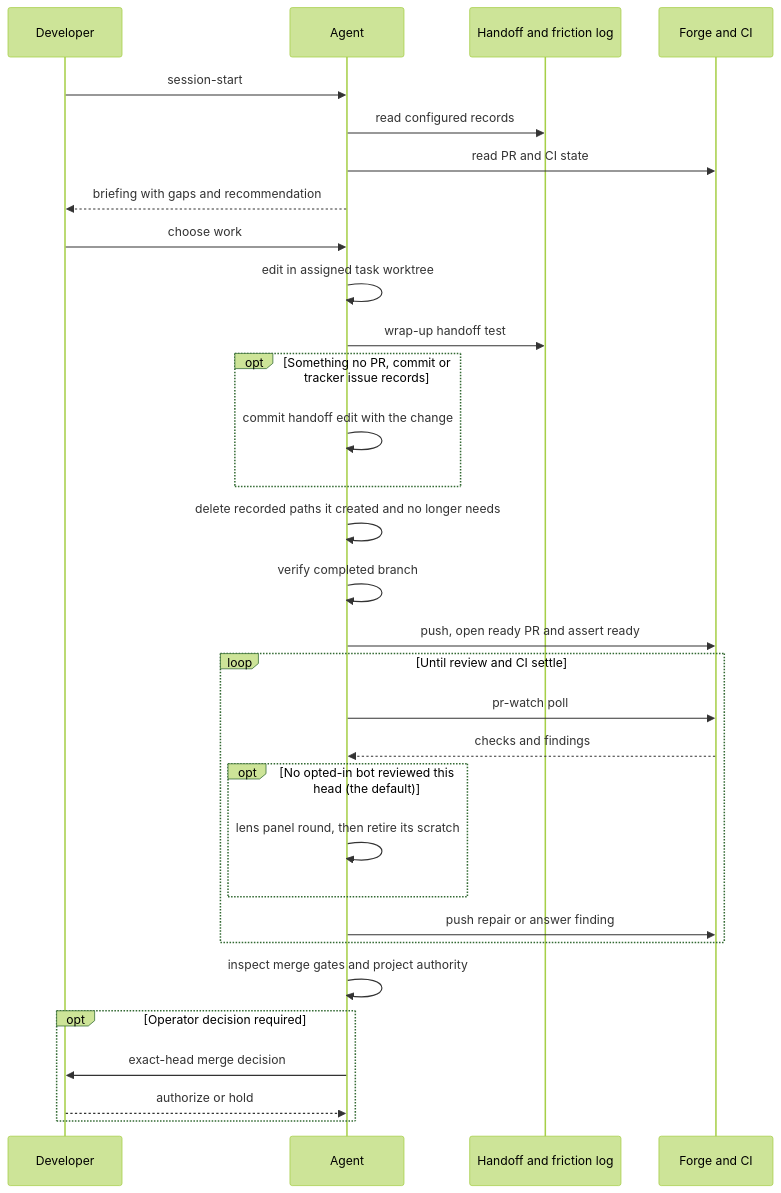
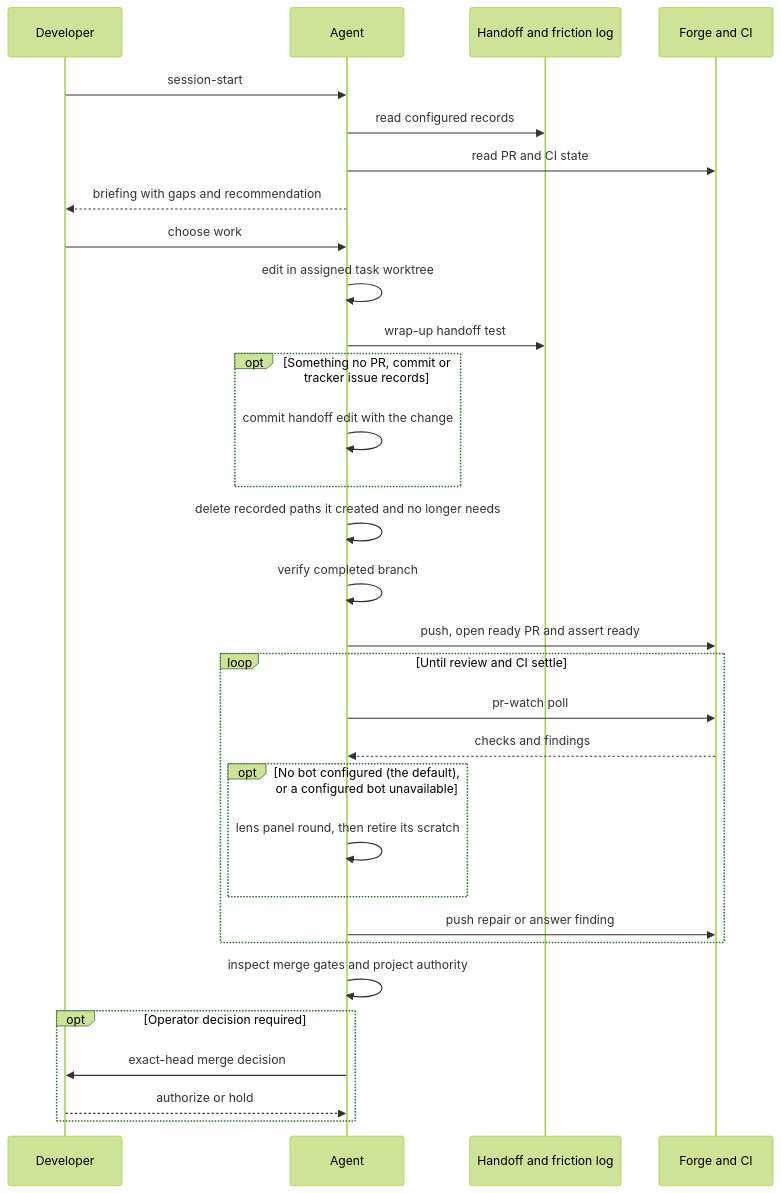
One commit to topij/agentic-dev-kit changed the second of 6 diagrams in docs/architecture.md. Above: the diagram before and after it, drawn with Mermaid (forest theme). The commit also changed other lines of this file and 4 other files, not shown here.

````diff
--- a/docs/architecture.md
+++ b/docs/architecture.md
@@ -87,33 +87,33 @@
 ```mermaid
 sequenceDiagram
     participant Developer
     participant Agent
     participant Records as Handoff and friction log
     participant Forge as Forge and CI
     Developer->>Agent: session-start
     Agent->>Records: read configured records
     Agent->>Forge: read PR and CI state
     Agent-->>Developer: briefing with gaps and recommendation
     Developer->>Agent: choose work
     Agent->>Agent: edit in assigned task worktree
     Agent->>Records: wrap-up handoff test
     opt Something no PR, commit or tracker issue records
         Agent->>Agent: commit handoff edit with the change
     end
     Agent->>Agent: delete recorded paths it created and no longer needs
     Agent->>Agent: verify completed branch
     Agent->>Forge: push, open ready PR and assert ready
     loop Until review and CI settle
         Agent->>Forge: pr-watch poll
         Forge-->>Agent: checks and findings
-        opt No opted-in bot reviewed this head (the default)
+        opt No bot configured (the default), or a configured bot unavailable
             Agent->>Agent: lens panel round, then retire its scratch
         end
         Agent->>Forge: push repair or answer finding
     end
     Agent->>Agent: inspect merge gates and project authority
     opt Operator decision required
         Agent->>Developer: exact-head merge decision
         Developer-->>Agent: authorize or hold
     end
 ```
````
